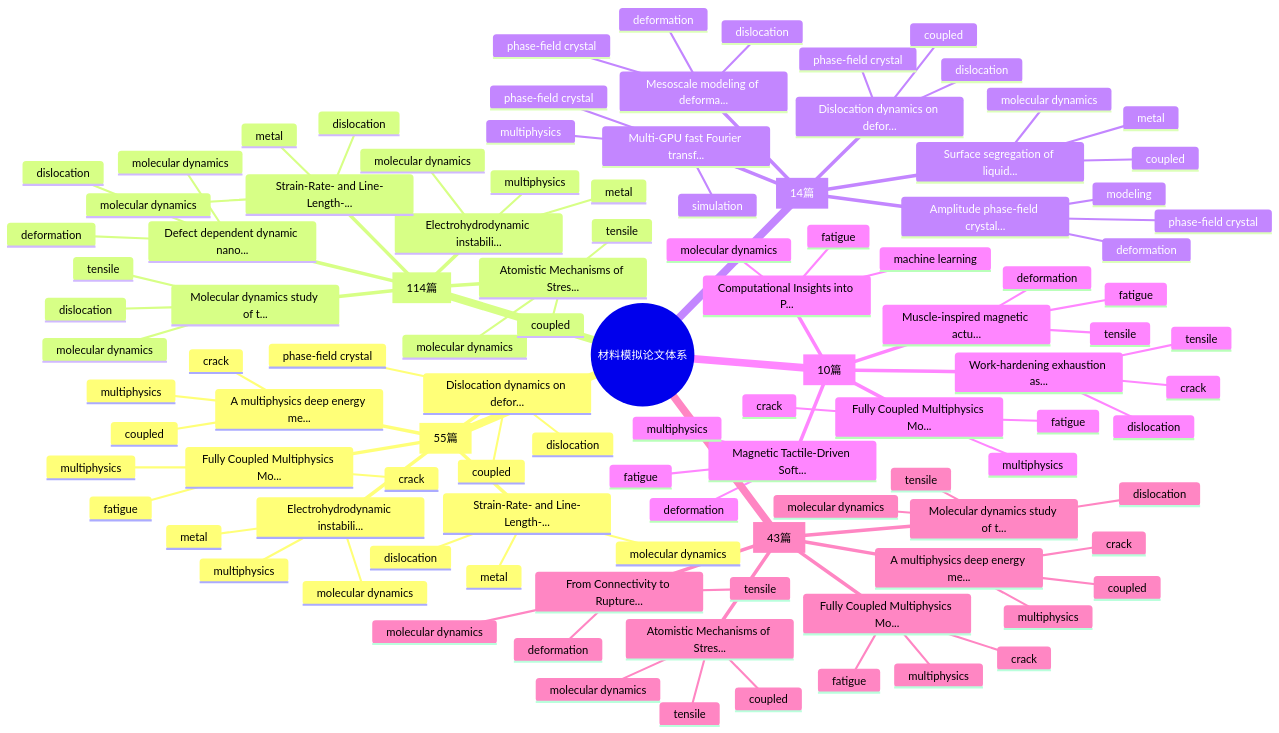
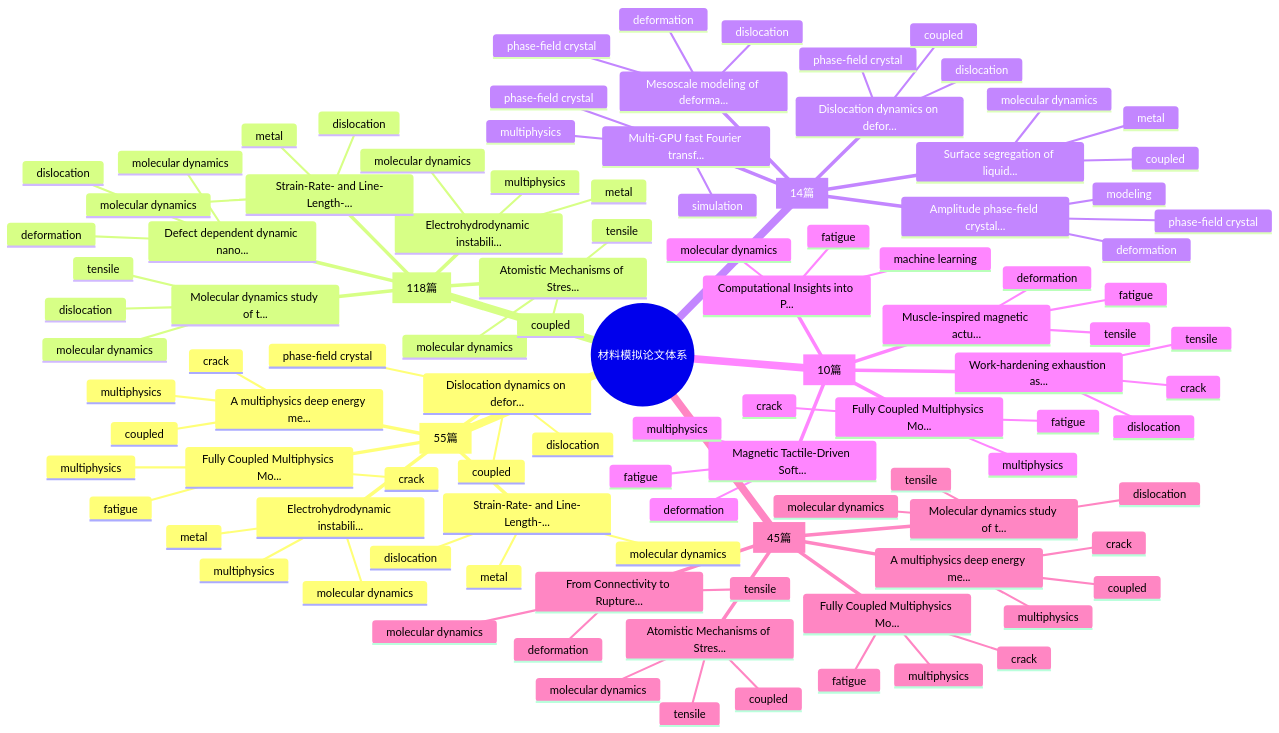
The first of 2 diagrams in README.md (Shirakawa11111/BJK_readpaper), drawn with Mermaid before and after one commit. The commit also changed other lines of this file and 11 other files, not shown here.

```diff
--- a/README.md
+++ b/README.md
@@ -115,7 +115,7 @@
         molecular dynamics
         dislocation
         metal
-    Molecular Dynamics [114篇]
+    Molecular Dynamics [118篇]
       Molecular dynamics study of t...
         molecular dynamics
         dislocation
@@ -178,7 +178,7 @@
         multiphysics
         fatigue
         deformation
-    Tensile / Deformation Simulation [43篇]
+    Tensile / Deformation Simulation [45篇]
       Fully Coupled Multiphysics Mo...
         fatigue
         multiphysics
```
